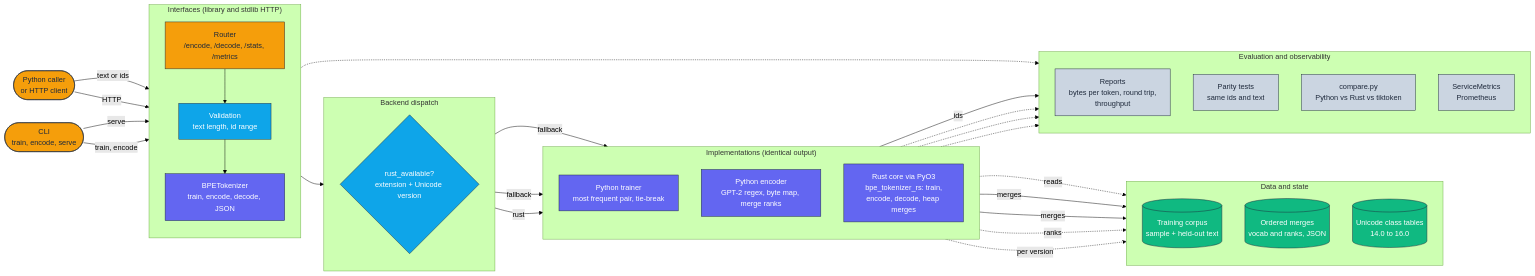
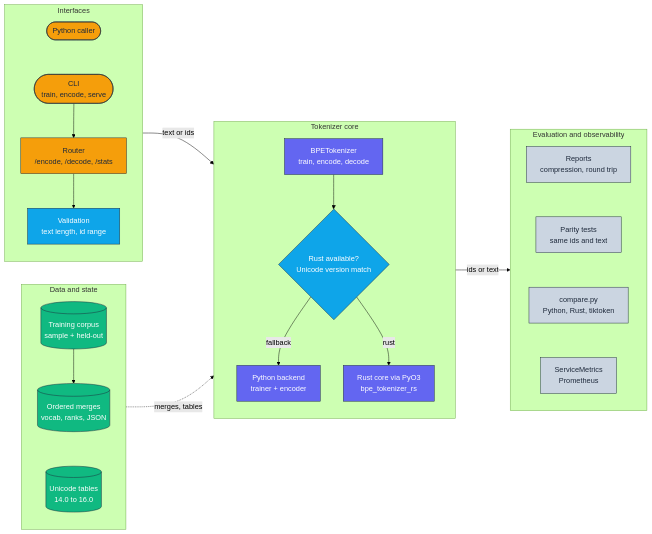
The diagram in docs/architecture/architecture.mmd (adeoluo/bpe-tokenizer-library), drawn with Mermaid (forest theme) before and after one commit. The commit also changed 1 other file, not shown here.

Commit message:
docs: compact horizontal architecture diagram

```diff
--- a/docs/architecture/architecture.mmd
+++ b/docs/architecture/architecture.mmd
@@ -1,64 +1,47 @@
 flowchart LR
     classDef edge     fill:#F59E0B,stroke:#1E293B,color:#1E293B,stroke-width:1px;
     classDef core     fill:#6366F1,stroke:#1E293B,color:#ffffff,stroke-width:1px;
     classDef data     fill:#10B981,stroke:#1E293B,color:#ffffff,stroke-width:1px;
     classDef control  fill:#0EA5E9,stroke:#1E293B,color:#ffffff,stroke-width:1px;
     classDef obs      fill:#CBD5E1,stroke:#1E293B,color:#1E293B,stroke-width:1px;
 
-    Caller(["Python caller<br/>or HTTP client"]):::edge
-    CLI(["CLI<br/>train, encode, serve"]):::edge
-
-    subgraph Interfaces["Interfaces (library and stdlib HTTP)"]
+    subgraph Interfaces["Interfaces"]
         direction TB
-        Router["Router<br/>/encode, /decode, /stats, /metrics"]:::edge
+        Caller([Python caller]):::edge
+        CLI(["CLI<br/>train, encode, serve"]):::edge
+        Router["Router<br/>/encode, /decode, /stats"]:::edge
         Validate["Validation<br/>text length, id range"]:::control
-        API["BPETokenizer<br/>train, encode, decode, JSON"]:::core
-    end
-
-    subgraph Dispatch["Backend dispatch"]
-        direction TB
-        Select{"rust_available?<br/>extension + Unicode version"}:::control
-    end
-
-    subgraph Engines["Implementations (identical output)"]
-        direction TB
-        PyTrain["Python trainer<br/>most frequent pair, tie-break"]:::core
-        PyEncode["Python encoder<br/>GPT-2 regex, byte map, merge ranks"]:::core
-        Rust["Rust core via PyO3<br/>bpe_tokenizer_rs: train,<br/>encode, decode, heap merges"]:::core
+        Caller ~~~ CLI --> Router --> Validate
     end
 
     subgraph State["Data and state"]
         direction TB
-        Corpus[("Training corpus<br/>sample + held-out text")]:::data
-        Merges[("Ordered merges<br/>vocab and ranks, JSON")]:::data
-        Tables[("Unicode class tables<br/>14.0 to 16.0")]:::data
+        Corpus[("Training corpus<br/>sample + held-out")]:::data
+        Merges[("Ordered merges<br/>vocab, ranks, JSON")]:::data
+        Tables[("Unicode tables<br/>14.0 to 16.0")]:::data
+        Corpus --> Merges ~~~ Tables
     end
 
-    subgraph Evaluation["Evaluation and observability"]
+    subgraph Core["Tokenizer core"]
         direction TB
-        Reports["Reports<br/>bytes per token, round trip,<br/>throughput"]:::obs
-        Parity["Parity tests<br/>same ids and text"]:::obs
-        Compare["compare.py<br/>Python vs Rust vs tiktoken"]:::obs
-        Metrics["ServiceMetrics<br/>Prometheus"]:::obs
+        API["BPETokenizer<br/>train, encode, decode"]:::core
+        Select{"Rust available?<br/>Unicode version match"}:::control
+        Py["Python backend<br/>trainer + encoder"]:::core
+        Rust["Rust core via PyO3<br/>bpe_tokenizer_rs"]:::core
+        API --> Select
+        Select -->|fallback| Py
+        Select -->|rust| Rust
     end
 
-    Caller -->|text or ids| API
-    Caller -->|HTTP| Router
-    CLI -->|serve| Router
-    CLI -->|train, encode| API
-    Router --> Validate
-    Validate --> API
-    API --> Select
-    Select -->|fallback| PyTrain
-    Select -->|fallback| PyEncode
-    Select -->|rust| Rust
-    PyTrain -.->|reads| Corpus
-    PyTrain -->|merges| Merges
-    Rust -->|merges| Merges
-    PyEncode -.->|ranks| Merges
-    Rust -.->|per version| Tables
-    PyEncode -->|ids| Reports
-    Rust -.-> Parity
-    PyEncode -.-> Parity
-    Rust -.-> Compare
-    Router -.-> Metrics
+    subgraph Obs["Evaluation and observability"]
+        direction TB
+        Reports["Reports<br/>compression, round trip"]:::obs
+        Parity["Parity tests<br/>same ids and text"]:::obs
+        Compare["compare.py<br/>Python, Rust, tiktoken"]:::obs
+        Metrics["ServiceMetrics<br/>Prometheus"]:::obs
+        Reports ~~~ Parity ~~~ Compare ~~~ Metrics
+    end
+
+    Interfaces -->|text or ids| Core
+    State -.->|merges, tables| Core
+    Core -->|ids or text| Obs
```
